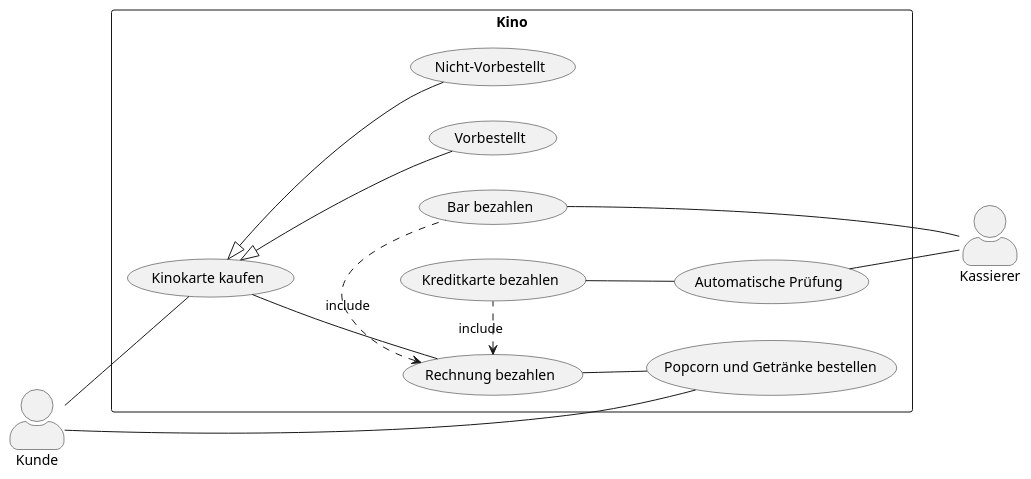
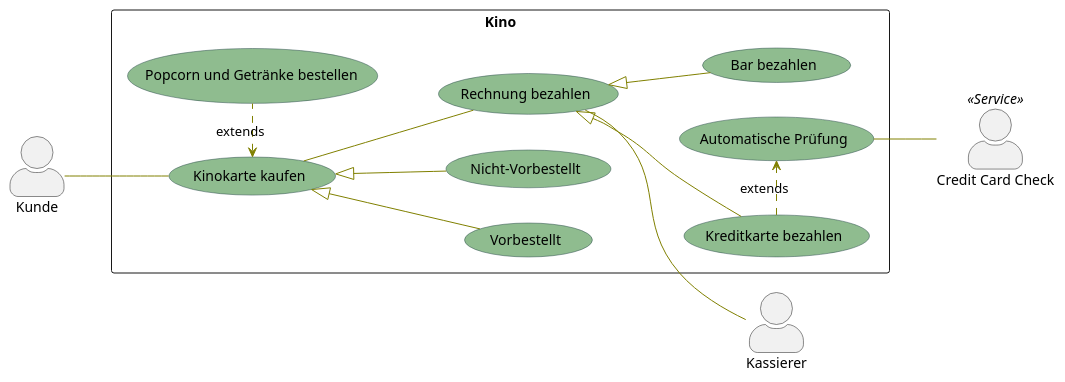
The diagram in USE-CaseKino.puml (sargoschh/FSE_Landerer_OO-Analyse), drawn with PlantUML before and after one commit. The commit also changed 5 other files, not shown here.

```diff
--- a/USE-CaseKino.puml
+++ b/USE-CaseKino.puml
@@ -1,22 +1,37 @@
 @startuml USE-CaseKino
 skinparam actorStyle awesome
+
+skinparam usecase {
+BackgroundColor DarkSeaGreen
+BorderColor DarkSlateGray
+
+BackgroundColor<< Main >> YellowGreen
+BorderColor<< Main >> YellowGreen
+
+ArrowColor Olive
+ActorBorderColor black
+ActorFontName Courier
+
+ActorBackgroundColor<< Human >> Gold
+}
 left to right direction
 
 actor Kunde
 actor Kassierer
+actor :Credit Card Check: <<Service>> as CCC
+
 
 rectangle Kino {
   Kunde -- (Kinokarte kaufen)
-  Kunde -- (Popcorn und Getränke bestellen)
+  (Kinokarte kaufen) <. (Popcorn und Getränke bestellen) : extends
   (Kinokarte kaufen) <|-- (Vorbestellt)
   (Kinokarte kaufen) <|-- (Nicht-Vorbestellt)
   (Kinokarte kaufen) -- (Rechnung bezahlen)
-  (Rechnung bezahlen) -- (Popcorn und Getränke bestellen) 
-  (Rechnung bezahlen) <. (Kreditkarte bezahlen) : include
-  (Rechnung bezahlen) <. (Bar bezahlen) : include
-  (Kreditkarte bezahlen) -- (Automatische Prüfung)
-  (Bar bezahlen) -- Kassierer
-  (Automatische Prüfung) -- Kassierer
+  (Rechnung bezahlen) <|-- (Kreditkarte bezahlen)
+  (Rechnung bezahlen) <|-- (Bar bezahlen)
+  (Kreditkarte bezahlen) .> (Automatische Prüfung) : extends
+  (Automatische Prüfung) -- CCC
+  (Rechnung bezahlen) -- Kassierer
 }
 
 @enduml
```
